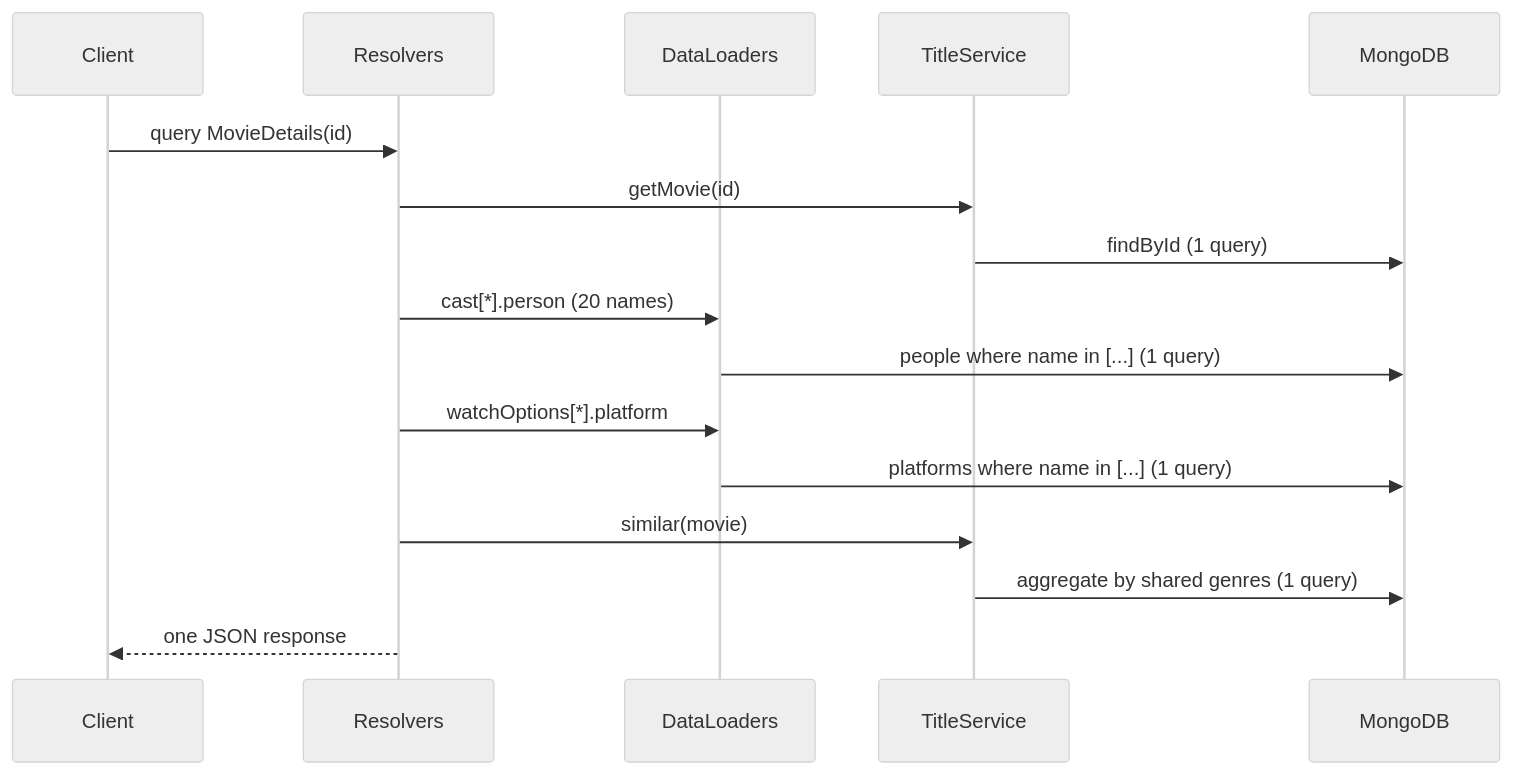
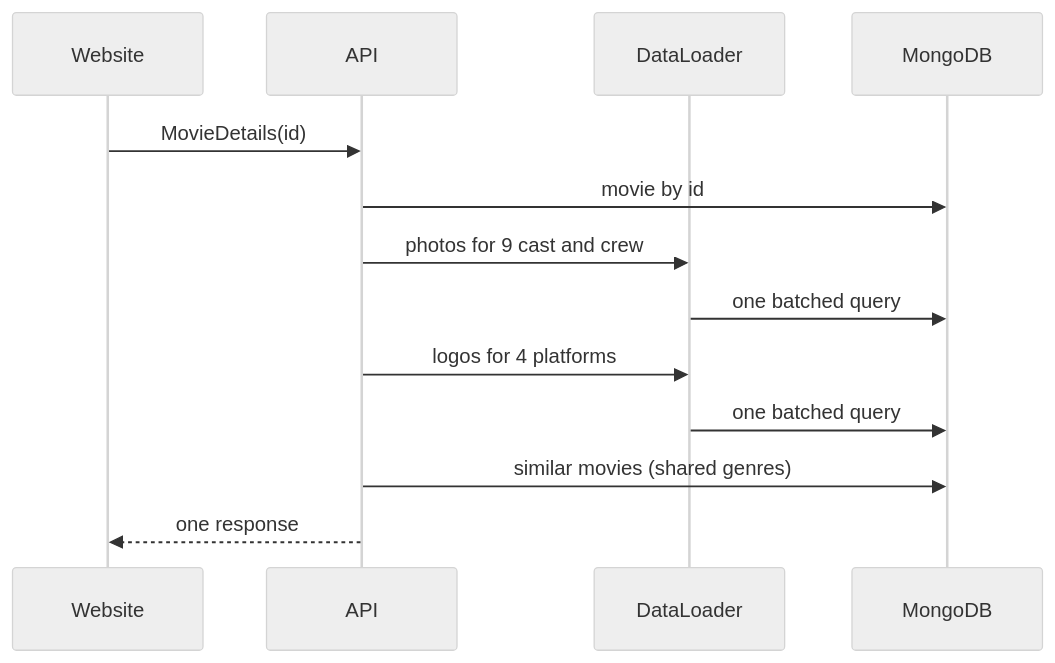
Before and after one commit to aadarshjr123/tef-movies: the third of 6 diagrams in docs/ARCHITECTURE.md, drawn with Mermaid (neutral theme). The commit also changed other lines of this file and 6 other files, not shown here.

````diff
--- a/docs/ARCHITECTURE.md
+++ b/docs/ARCHITECTURE.md
@@ -68,18 +79,15 @@
 ```mermaid
 sequenceDiagram
-    participant C as Client
-    participant R as Resolvers
-    participant L as DataLoaders
-    participant S as TitleService
-    participant DB as MongoDB
-    C->>R: query MovieDetails(id)
-    R->>S: getMovie(id)
-    S->>DB: findById (1 query)
-    R->>L: cast[*].person (20 names)
-    L->>DB: people where name in [...] (1 query)
-    R->>L: watchOptions[*].platform
-    L->>DB: platforms where name in [...] (1 query)
-    R->>S: similar(movie)
-    S->>DB: aggregate by shared genres (1 query)
-    R-->>C: one JSON response
+    participant W as Website
+    participant A as API
+    participant L as DataLoader
+    participant D as MongoDB
+    W->>A: MovieDetails(id)
+    A->>D: movie by id
+    A->>L: photos for 9 cast and crew
+    L->>D: one batched query
+    A->>L: logos for 4 platforms
+    L->>D: one batched query
+    A->>D: similar movies (shared genres)
+    A-->>W: one response
 ```
````
